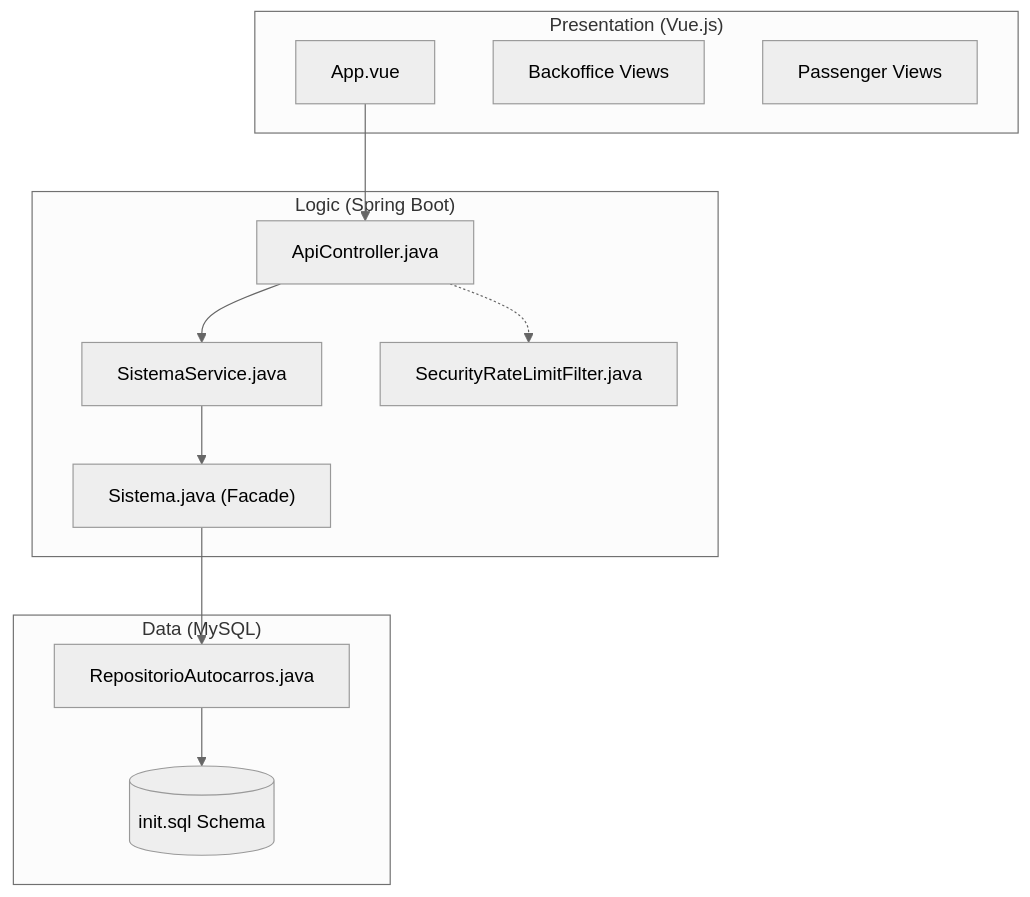
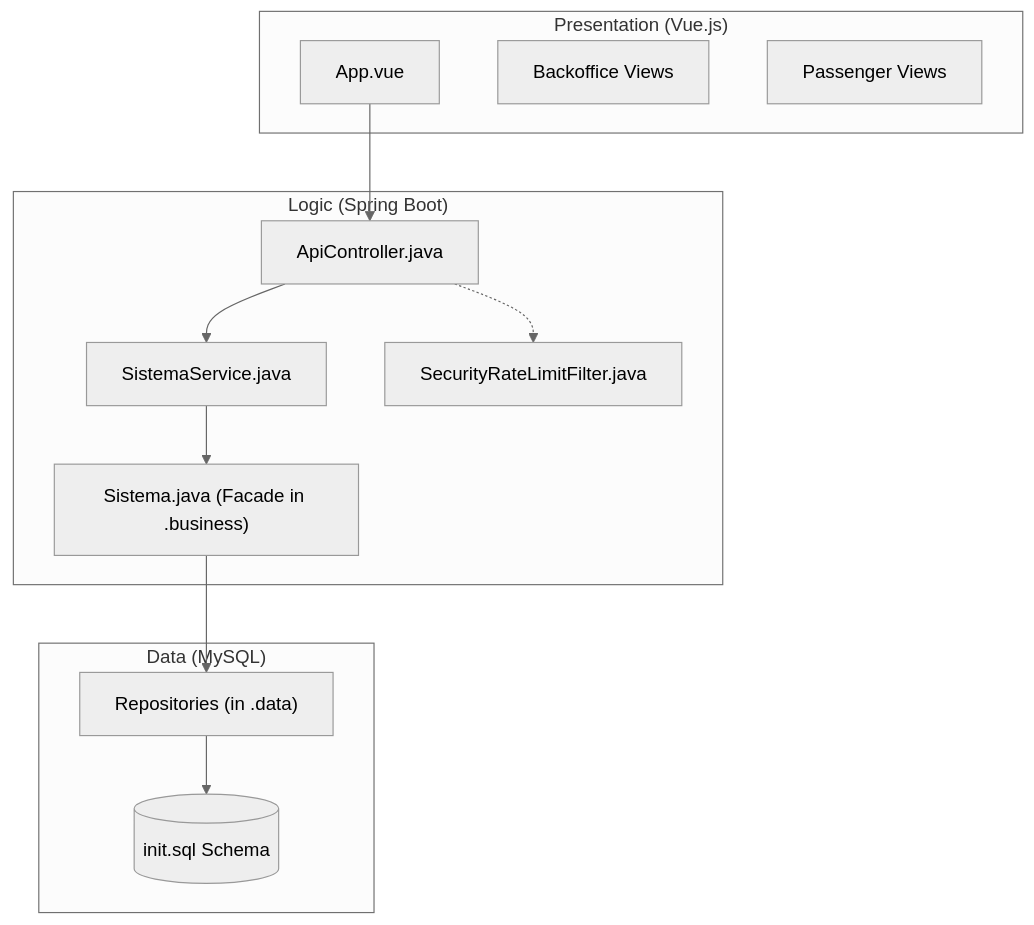
One commit to afonso4machado-a11y/pgu-tub-dai changed the first of 3 diagrams in Wiki/02-Arquitetura-e-Fluxo-de-Dados.md. Above: the diagram before and after it, drawn with Mermaid (neutral theme). The commit also changed other lines of this file and 148 other files, not shown here.

Commit message:
feat: update dashboard analytics, refactor backend architecture, add Wiki and frontend improvements

````diff
--- a/Wiki/02-Arquitetura-e-Fluxo-de-Dados.md
+++ b/Wiki/02-Arquitetura-e-Fluxo-de-Dados.md
@@ -27,27 +25,27 @@
 ```mermaid
 graph TD
-    subgraph "Presentation (Vue.js)"
-        UI["App.vue"]
-        BO["Backoffice Views"]
-        PA["Passenger Views"]
-    end
+ subgraph "Presentation (Vue.js)"
+ UI["App.vue"]
+ BO["Backoffice Views"]
+ PA["Passenger Views"]
+ end
 
-    subgraph "Logic (Spring Boot)"
-        API["ApiController.java"]
-        SVC["SistemaService.java"]
-        CORE["Sistema.java (Facade)"]
-        AUTH["SecurityRateLimitFilter.java"]
-    end
+ subgraph "Logic (Spring Boot)"
+ API["ApiController.java"]
+ SS["SistemaService.java"]
+ CORE["Sistema.java (Facade in .business)"]
+ AUTH["SecurityRateLimitFilter.java"]
+ end
 
-    subgraph "Data (MySQL)"
-        DB[("init.sql Schema")]
-        REPO["RepositorioAutocarros.java"]
-    end
+ subgraph "Data (MySQL)"
+ DB[("init.sql Schema")]
+ REPO["Repositories (in .data)"]
+ end
 
-    UI --> API
-    API --> SVC
-    SVC --> CORE
-    CORE --> REPO
-    REPO --> DB
-    API -.-> AUTH
+ UI --> API
+ API --> SS
+ SS --> CORE
+ CORE --> REPO
+ REPO --> DB
+ API -.-> AUTH
 ```
````
